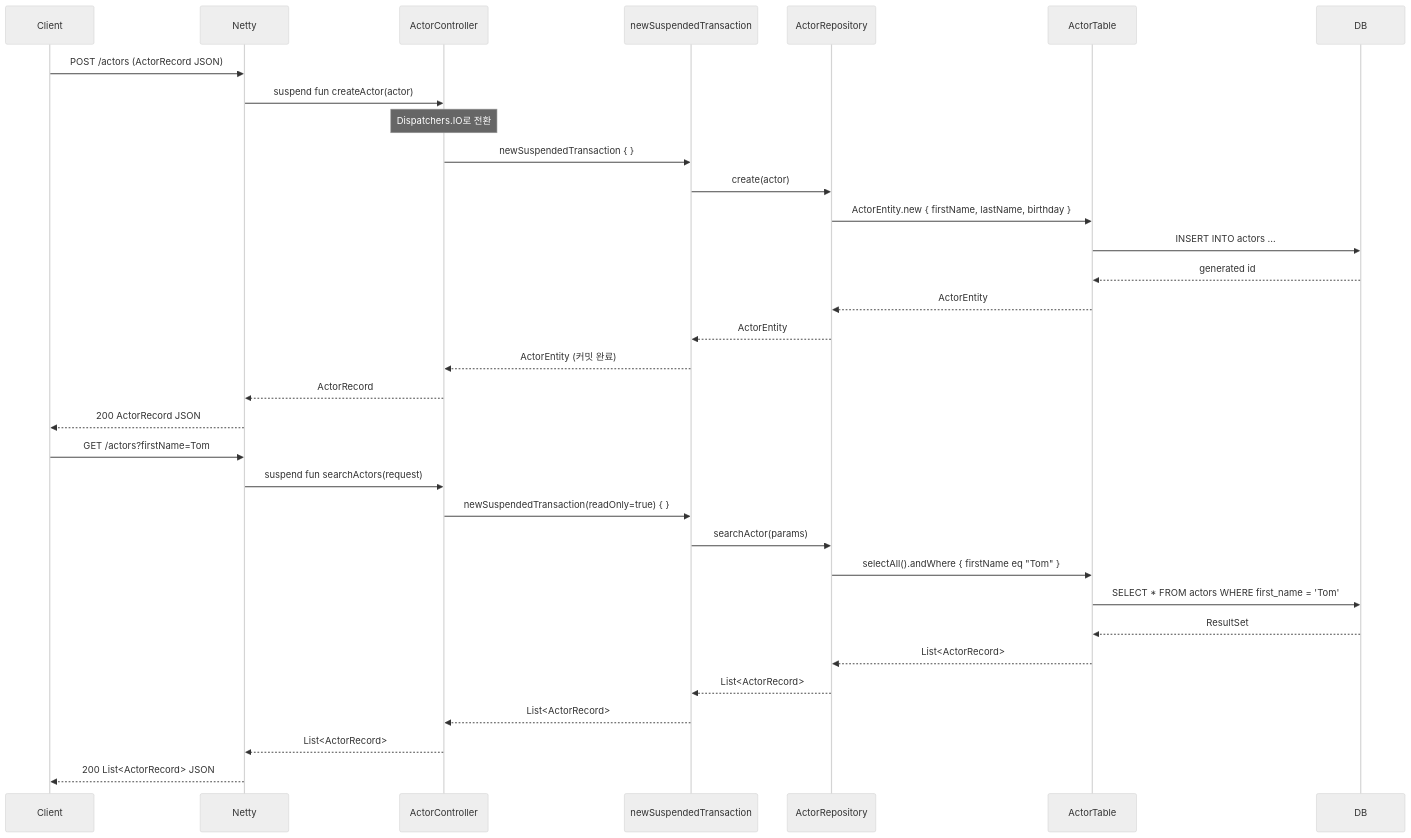
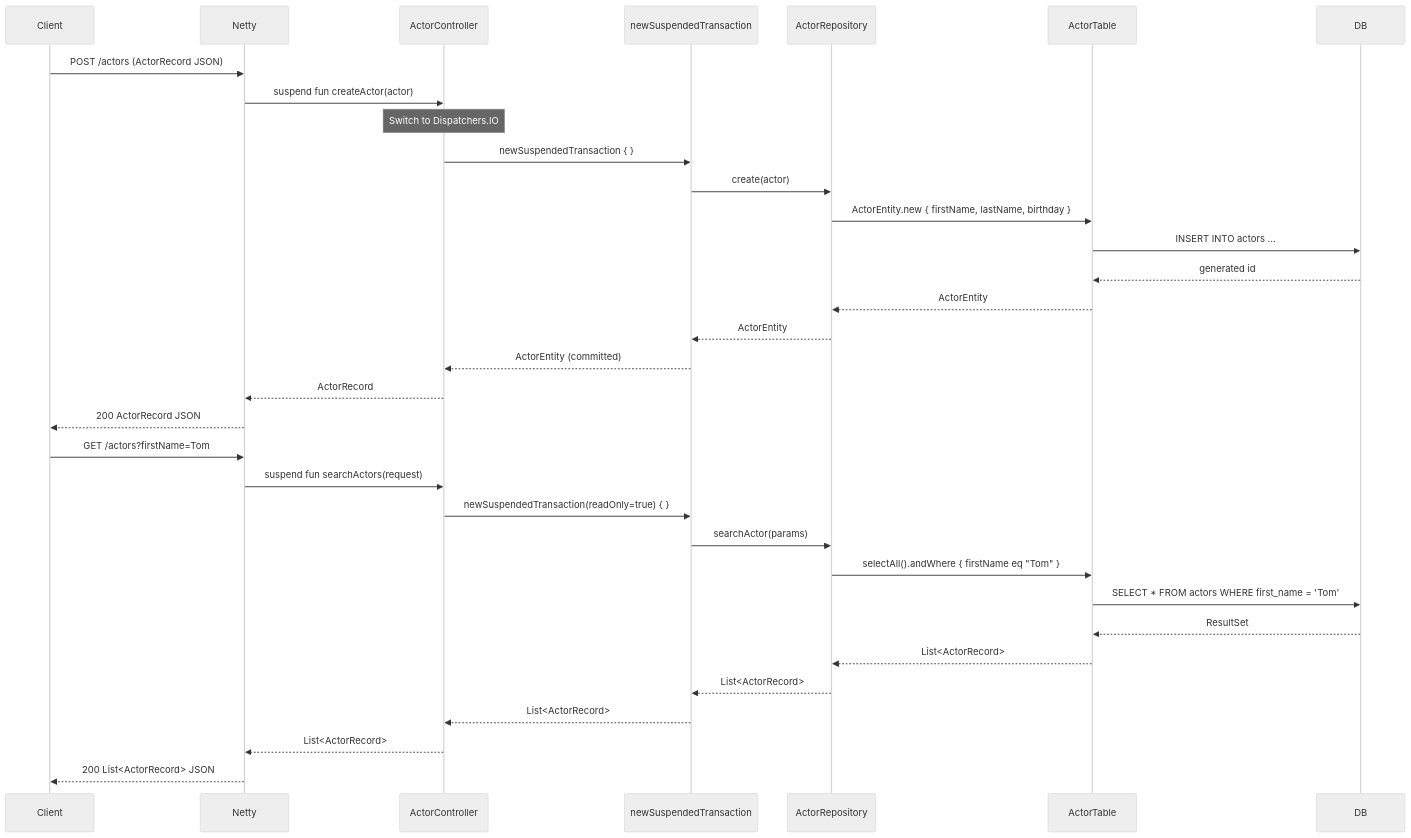
One commit to bluetape4k/exposed-workshop changed the second of 3 diagrams in 01-spring-boot/spring-webflux-exposed/README.md. Above: the diagram before and after it, drawn with Mermaid (neutral theme). The commit also changed other lines of this file and 115 other files, not shown here.

````diff
--- a/01-spring-boot/spring-webflux-exposed/README.md
+++ b/01-spring-boot/spring-webflux-exposed/README.md
@@ -196,37 +197,37 @@
 ```mermaid
 sequenceDiagram
     participant Client
     participant Netty
     participant ActorController
     participant newSuspendedTransaction
     participant ActorRepository
     participant ActorTable
     participant DB
 
     Client->>Netty: POST /actors (ActorRecord JSON)
     Netty->>ActorController: suspend fun createActor(actor)
-    Note over ActorController: Dispatchers.IO로 전환
+    Note over ActorController: Switch to Dispatchers.IO
     ActorController->>newSuspendedTransaction: newSuspendedTransaction { }
     newSuspendedTransaction->>ActorRepository: create(actor)
     ActorRepository->>ActorTable: ActorEntity.new { firstName, lastName, birthday }
     ActorTable->>DB: INSERT INTO actors ...
     DB-->>ActorTable: generated id
     ActorTable-->>ActorRepository: ActorEntity
     ActorRepository-->>newSuspendedTransaction: ActorEntity
-    newSuspendedTransaction-->>ActorController: ActorEntity (커밋 완료)
+    newSuspendedTransaction-->>ActorController: ActorEntity (committed)
     ActorController-->>Netty: ActorRecord
     Netty-->>Client: 200 ActorRecord JSON
 
     Client->>Netty: GET /actors?firstName=Tom
     Netty->>ActorController: suspend fun searchActors(request)
     ActorController->>newSuspendedTransaction: newSuspendedTransaction(readOnly=true) { }
     newSuspendedTransaction->>ActorRepository: searchActor(params)
     ActorRepository->>ActorTable: selectAll().andWhere { firstName eq "Tom" }
     ActorTable->>DB: SELECT * FROM actors WHERE first_name = 'Tom'
     DB-->>ActorTable: ResultSet
     ActorTable-->>ActorRepository: List<ActorRecord>
     ActorRepository-->>newSuspendedTransaction: List<ActorRecord>
     newSuspendedTransaction-->>ActorController: List<ActorRecord>
     ActorController-->>Netty: List<ActorRecord>
     Netty-->>Client: 200 List<ActorRecord> JSON
 ```
````
